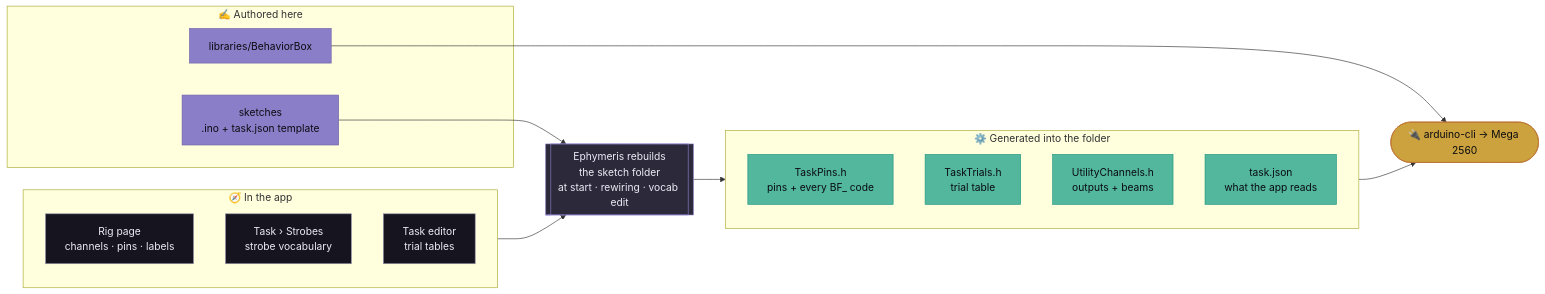
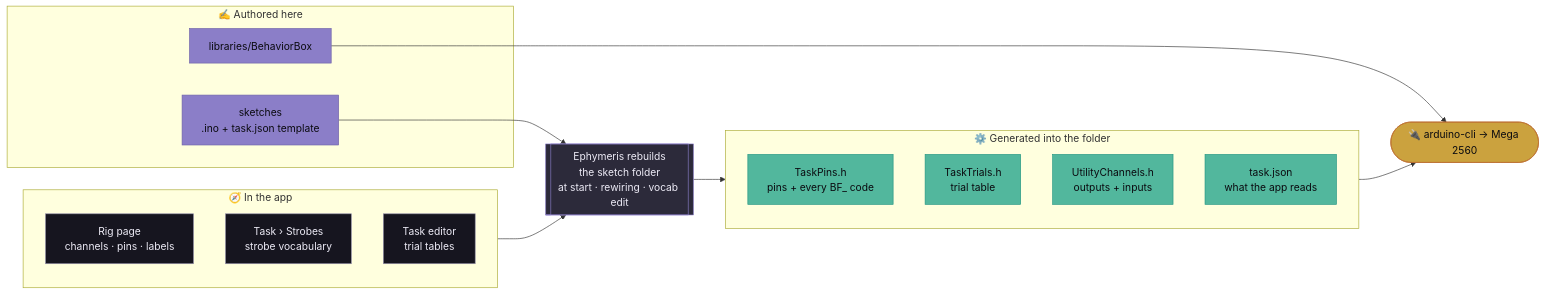
One commit to Chase-NJ/Ephymeris changed the first of 2 diagrams in firmware/README.md. Above: the diagram before and after it, drawn with Mermaid. The commit also changed other lines of this file and 27 other files, not shown here.

````diff
--- a/firmware/README.md
+++ b/firmware/README.md
@@ -43,37 +43,37 @@
 ```mermaid
 flowchart LR
     subgraph app ["🧭  In the app"]
         rig["Rig page<br/>channels · pins · labels"]
         vocab["Task › Strobes<br/>strobe vocabulary"]
         task["Task editor<br/>trial tables"]
     end
     subgraph authored ["✍️  Authored here"]
         ino["sketches<br/>.ino + task.json template"]
         lib["libraries/BehaviorBox"]
     end
     gen[["Ephymeris rebuilds<br/>the sketch folder<br/>at start · rewiring · vocab edit"]]
     subgraph generated ["⚙️  Generated into the folder"]
         pins["TaskPins.h<br/>pins + every BF_ code"]
         trials["TaskTrials.h<br/>trial table"]
-        util["UtilityChannels.h<br/>outputs + beams"]
+        util["UtilityChannels.h<br/>outputs + inputs"]
         profile["task.json<br/>what the app reads"]
     end
     board(["🔌 arduino-cli → Mega 2560"])
 
     app --> gen
     ino --> gen
     gen --> generated
     generated --> board
     lib --> board
 
     classDef authoredNode fill:#8b7ec8,stroke:#6d61a8,color:#0b0b10
     classDef appNode fill:#16151f,stroke:#948fa8,color:#edebf6
     classDef genNode fill:#52b79d,stroke:#229582,color:#0b0b10
     classDef stepNode fill:#2c2a3a,stroke:#8b7ec8,color:#edebf6
     classDef boardNode fill:#cba23e,stroke:#be7031,color:#0b0b10
     class ino,lib authoredNode
     class rig,vocab,task appNode
     class pins,trials,util,profile genNode
     class gen stepNode
     class board boardNode
 ```
````
